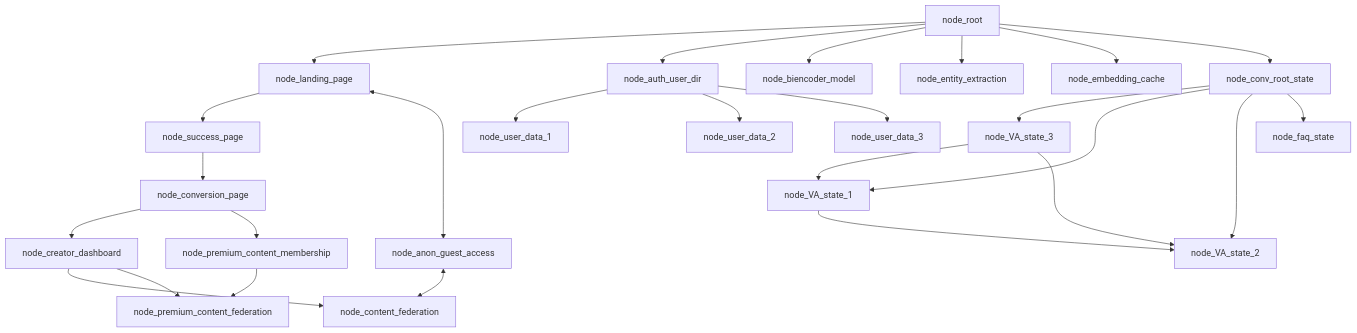
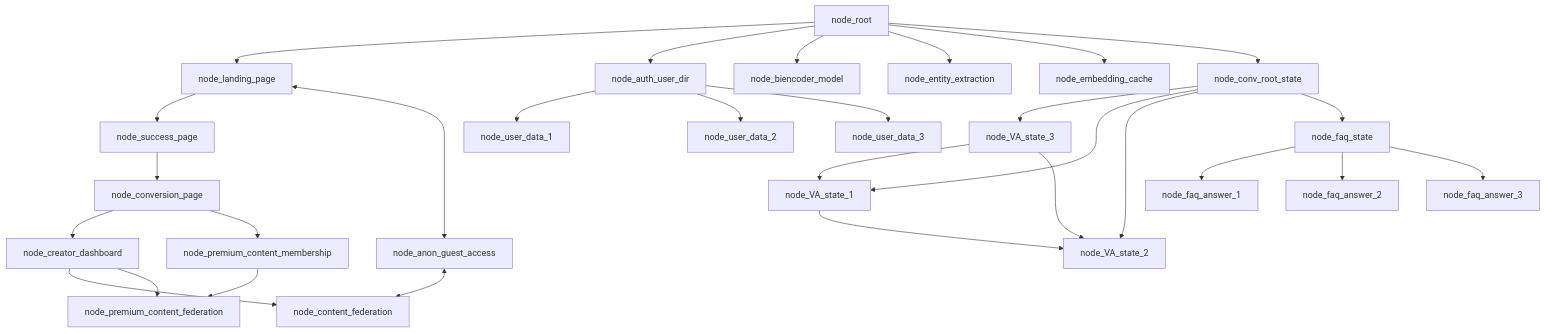
The first of 2 diagrams in README.md (WrappedUsername/apexmite-jac), drawn with Mermaid before and after one commit.

````diff
--- a/README.md
+++ b/README.md
@@ -44,28 +44,31 @@
 ```mermaid
 graph TD;
     node_root-->node_landing_page
     node_root-->node_auth_user_dir
     node_root-->node_biencoder_model
     node_root-->node_entity_extraction
     node_root-->node_embedding_cache
     node_root-->node_conv_root_state
     node_conv_root_state-->node_VA_state_3
     node_VA_state_3-->node_VA_state_1
     node_VA_state_3-->node_VA_state_2
     node_VA_state_1-->node_VA_state_2
     node_conv_root_state-->node_VA_state_1
     node_conv_root_state-->node_VA_state_2
     node_conv_root_state-->node_faq_state
+    node_faq_state-->node_faq_answer_1
+    node_faq_state-->node_faq_answer_2
+    node_faq_state-->node_faq_answer_3
     node_auth_user_dir-->node_user_data_1
     node_auth_user_dir-->node_user_data_2
     node_auth_user_dir-->node_user_data_3
     node_landing_page-->node_success_page
     node_landing_page<-->node_anon_guest_access
     node_success_page-->node_conversion_page
     node_conversion_page-->node_creator_dashboard
     node_conversion_page-->node_premium_content_membership
     node_premium_content_membership-->node_premium_content_federation
     node_creator_dashboard-->node_content_federation
     node_creator_dashboard-->node_premium_content_federation
     node_anon_guest_access<-->node_content_federation
 ```
````
